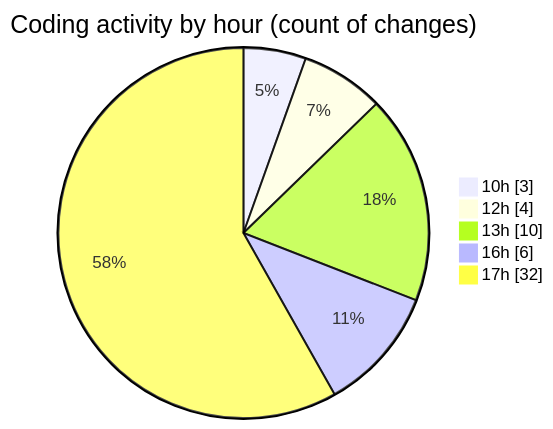
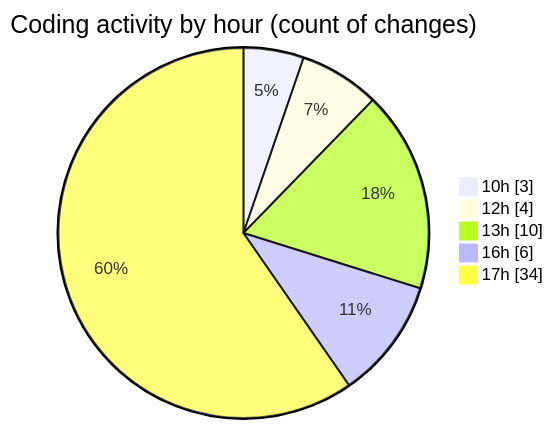
Before and after one commit to momahboobian/code-tracking: the second of 2 diagrams in 2025-10-27/cda/README.md, drawn with Mermaid. The commit also changed other lines of this file and 1 other file, not shown here.

````diff
--- a/2025-10-27/cda/README.md
+++ b/2025-10-27/cda/README.md
@@ -35,9 +35,9 @@
 ```mermaid
 pie showData
 title Coding activity by hour (count of changes)
 "10h" : 3
 "12h" : 4
 "13h" : 10
 "16h" : 6
-"17h" : 32
+"17h" : 34
 ```
````
